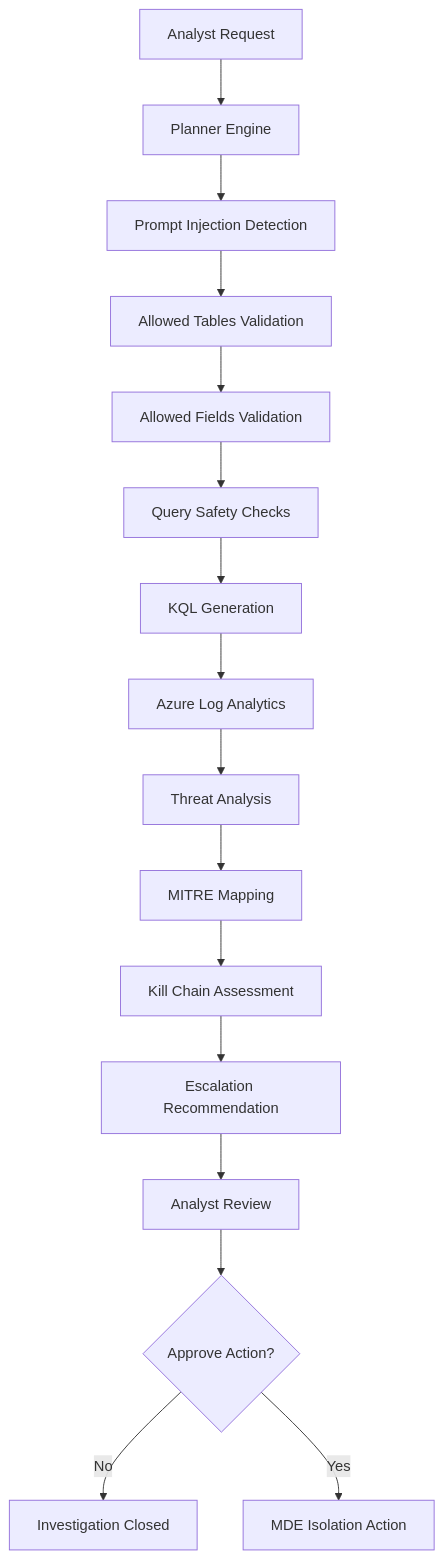
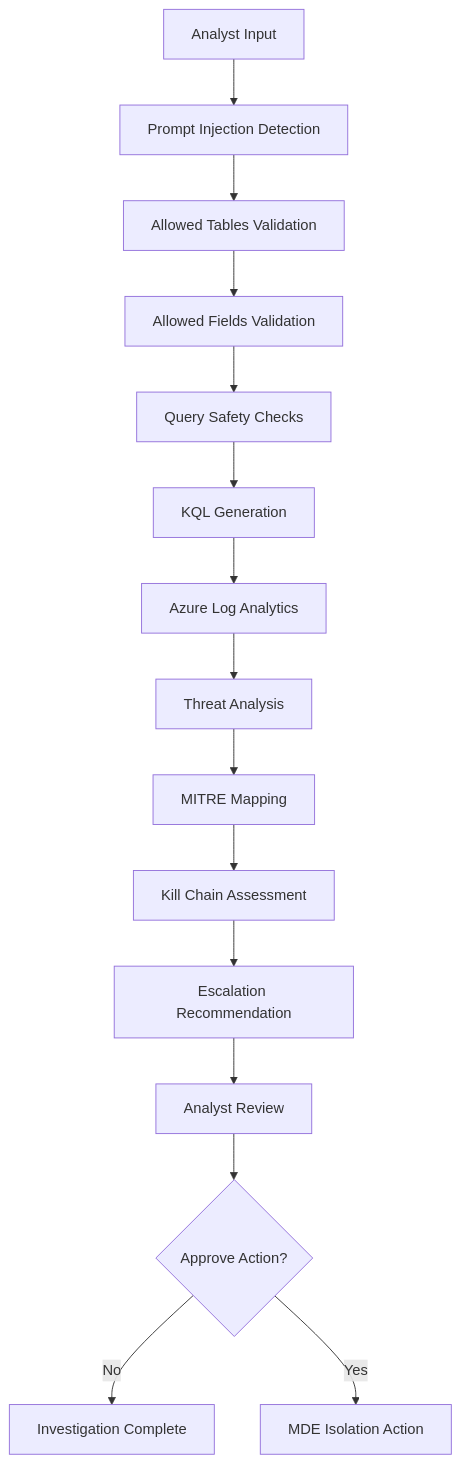
One commit to tleanne1/agentic_ai_agent_v3 changed the third of 3 diagrams in README.md. Above: the diagram before and after it, drawn with Mermaid. The commit also changed other lines of this file, not shown here.

````diff
--- a/README.md
+++ b/README.md
@@ -70,35 +246,33 @@
 ```mermaid
 flowchart TD
 
-    A[Analyst Request]
+    A[Analyst Input]
 
-    A --> B[Planner Engine]
+    A --> B[Prompt Injection Detection]
 
-    B --> C[Prompt Injection Detection]
+    B --> C[Allowed Tables Validation]
 
-    C --> D[Allowed Tables Validation]
+    C --> D[Allowed Fields Validation]
 
-    D --> E[Allowed Fields Validation]
+    D --> E[Query Safety Checks]
 
-    E --> F[Query Safety Checks]
+    E --> F[KQL Generation]
 
-    F --> G[KQL Generation]
+    F --> G[Azure Log Analytics]
 
-    G --> H[Azure Log Analytics]
+    G --> H[Threat Analysis]
 
-    H --> I[Threat Analysis]
+    H --> I[MITRE Mapping]
 
-    I --> J[MITRE Mapping]
+    I --> J[Kill Chain Assessment]
 
-    J --> K[Kill Chain Assessment]
+    J --> K[Escalation Recommendation]
 
-    K --> L[Escalation Recommendation]
+    K --> L[Analyst Review]
 
-    L --> M[Analyst Review]
+    L --> M{Approve Action?}
 
-    M --> N{Approve Action?}
+    M -->|No| N[Investigation Complete]
 
-    N -->|No| O[Investigation Closed]
-
-    N -->|Yes| P[MDE Isolation Action]
+    M -->|Yes| O[MDE Isolation Action]
 ```
````
